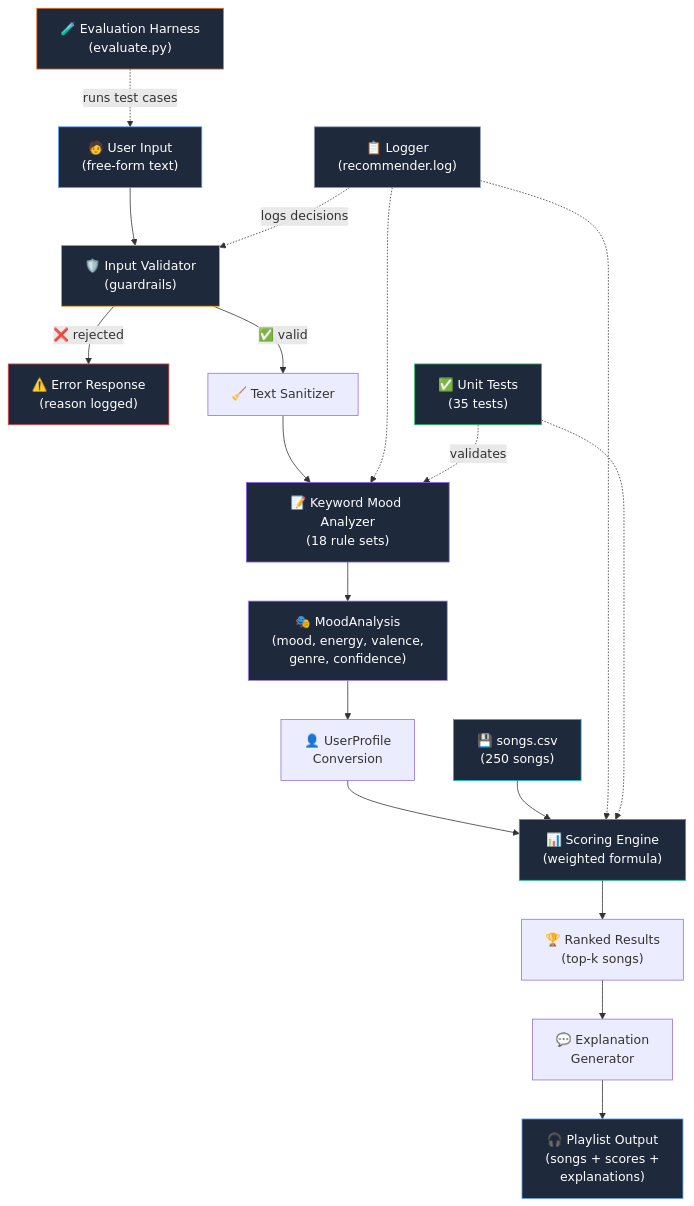
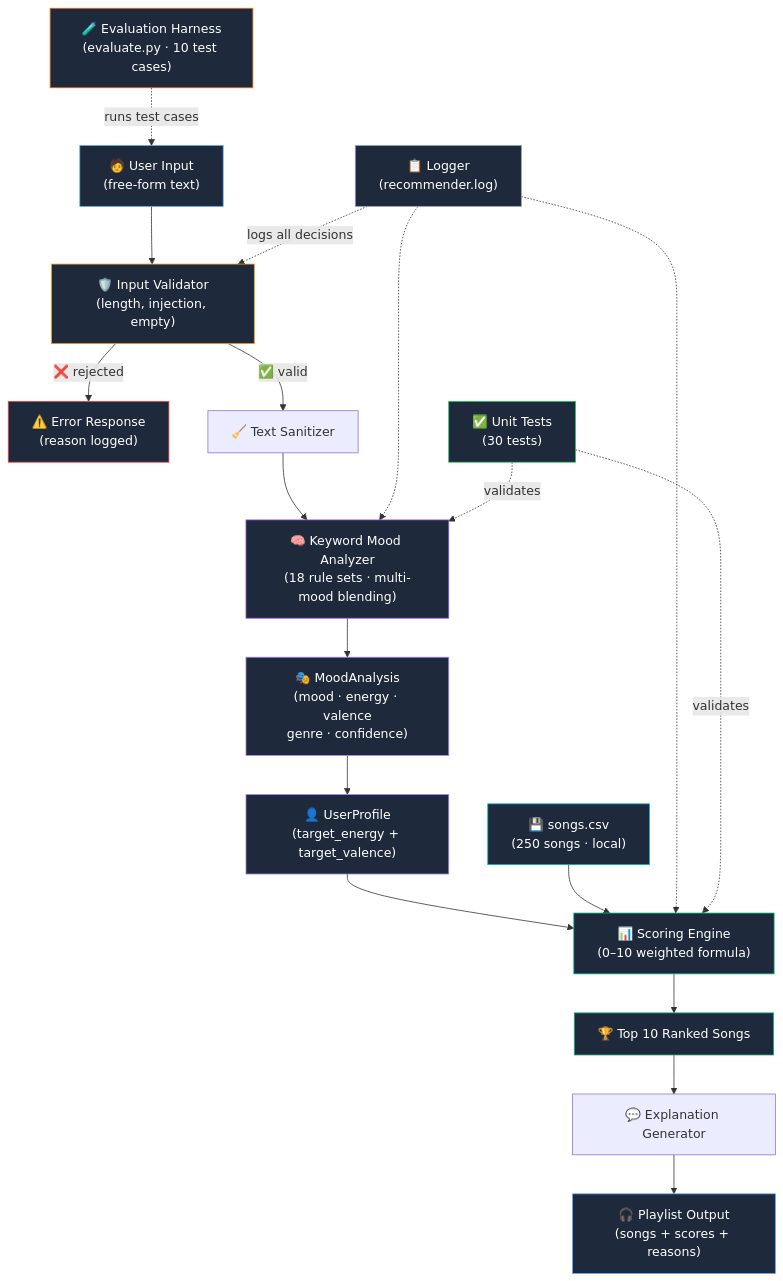
One commit to yinsont/aapplied_ai_system_project changed the diagram in assets/architecture-diagram.mmd. Above: the diagram before and after it, drawn with Mermaid. The commit also changed 6 other files, not shown here.

Commit message:
updated README and mermaid

```diff
--- a/assets/architecture-diagram.mmd
+++ b/assets/architecture-diagram.mmd
@@ -1,32 +1,34 @@
 graph TD
-    A["🧑 User Input<br/>(free-form text)"] --> B["🛡️ Input Validator<br/>(guardrails)"]
+    A["🧑 User Input<br/>(free-form text)"] --> B["🛡️ Input Validator<br/>(length, injection, empty)"]
     B -->|"❌ rejected"| R["⚠️ Error Response<br/>(reason logged)"]
     B -->|"✅ valid"| C["🧹 Text Sanitizer"]
-    C --> E["📝 Keyword Mood Analyzer<br/>(18 rule sets)"]
-    E --> G["🎭 MoodAnalysis<br/>(mood, energy, valence,<br/>genre, confidence)"]
-    G --> H["👤 UserProfile<br/>Conversion"]
-    H --> I["📊 Scoring Engine<br/>(weighted formula)"]
-    J["💾 songs.csv<br/>(250 songs)"] --> I
-    I --> K["🏆 Ranked Results<br/>(top-k songs)"]
-    K --> L["💬 Explanation<br/>Generator"]
-    L --> M["🎧 Playlist Output<br/>(songs + scores +<br/>explanations)"]
+    C --> E["🧠 Keyword Mood Analyzer<br/>(18 rule sets · multi-mood blending)"]
+    E --> G["🎭 MoodAnalysis<br/>(mood · energy · valence<br/>genre · confidence)"]
+    G --> H["👤 UserProfile<br/>(target_energy + target_valence)"]
+    H --> I["📊 Scoring Engine<br/>(0–10 weighted formula)"]
+    J["💾 songs.csv<br/>(250 songs · local)"] --> I
+    I --> K["🏆 Top 10 Ranked Songs"]
+    K --> L["💬 Explanation Generator"]
+    L --> M["🎧 Playlist Output<br/>(songs + scores + reasons)"]
 
-    N["📋 Logger<br/>(recommender.log)"] -.->|"logs decisions"| B
+    N["📋 Logger<br/>(recommender.log)"] -.->|"logs all decisions"| B
     N -.-> E
     N -.-> I
 
-    O["🧪 Evaluation Harness<br/>(evaluate.py)"] -.->|"runs test cases"| A
-    P["✅ Unit Tests<br/>(35 tests)"] -.->|"validates"| E
-    P -.-> I
+    O["🧪 Evaluation Harness<br/>(evaluate.py · 10 test cases)"] -.->|"runs test cases"| A
+    P["✅ Unit Tests<br/>(30 tests)"] -.->|"validates"| E
+    P -.->|"validates"| I
 
     style A fill:#1e293b,stroke:#60a5fa,color:#fff
     style B fill:#1e293b,stroke:#f59e0b,color:#fff
     style R fill:#1e293b,stroke:#ef4444,color:#fff
     style E fill:#1e293b,stroke:#8b5cf6,color:#fff
     style G fill:#1e293b,stroke:#a78bfa,color:#fff
+    style H fill:#1e293b,stroke:#a78bfa,color:#fff
     style I fill:#1e293b,stroke:#10b981,color:#fff
     style J fill:#1e293b,stroke:#06b6d4,color:#fff
+    style K fill:#1e293b,stroke:#10b981,color:#fff
     style M fill:#1e293b,stroke:#60a5fa,color:#fff
     style N fill:#1e293b,stroke:#94a3b8,color:#fff
     style O fill:#1e293b,stroke:#f97316,color:#fff
     style P fill:#1e293b,stroke:#22c55e,color:#fff
```
